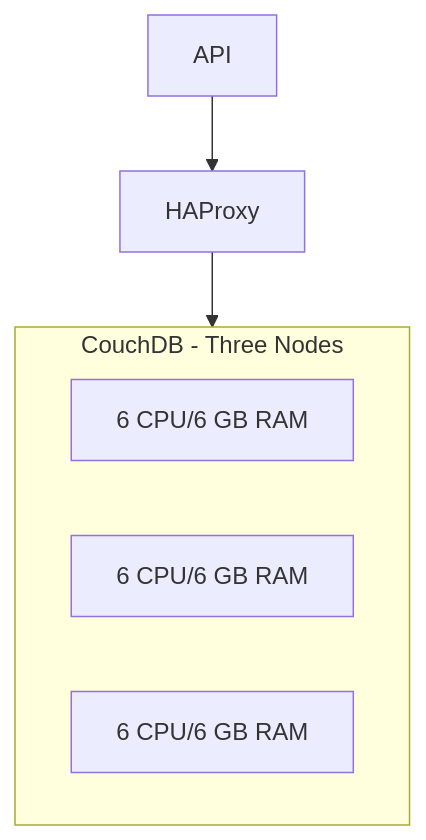
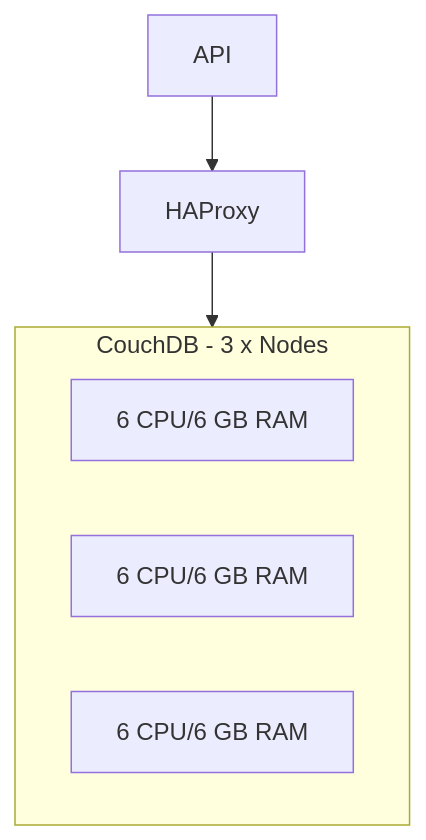
The third of 3 diagrams in content/en/hosting/vertical-vs-horizontal.md (medic/cht-docs), drawn with Mermaid before and after one commit. The commit also changed other lines of this file, not shown here.

Commit message:
fix vert vs horz scaled diagrams per #1573

````diff
--- a/content/en/hosting/vertical-vs-horizontal.md
+++ b/content/en/hosting/vertical-vs-horizontal.md
@@ -63,11 +63,11 @@
 ```mermaid
 flowchart TD
 
-subgraph couch4["CouchDB - Three Nodes"]
+subgraph couch4["CouchDB - 3 x Nodes"]
     couchInner4["6 CPU/6 GB RAM "]
     couchInner5["6 CPU/6 GB RAM "]
     couchInner6["6 CPU/6 GB RAM "]
 end
 
 API["API"] --> HAProxy -->  couch4
 ```
````
